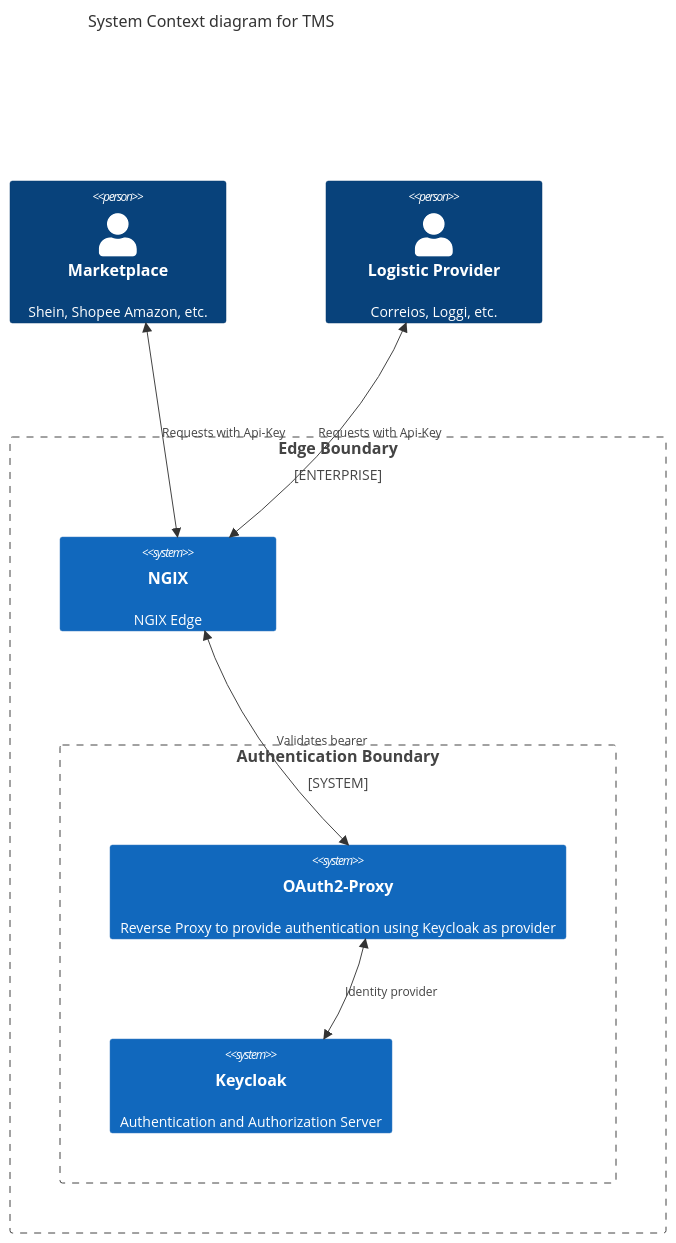
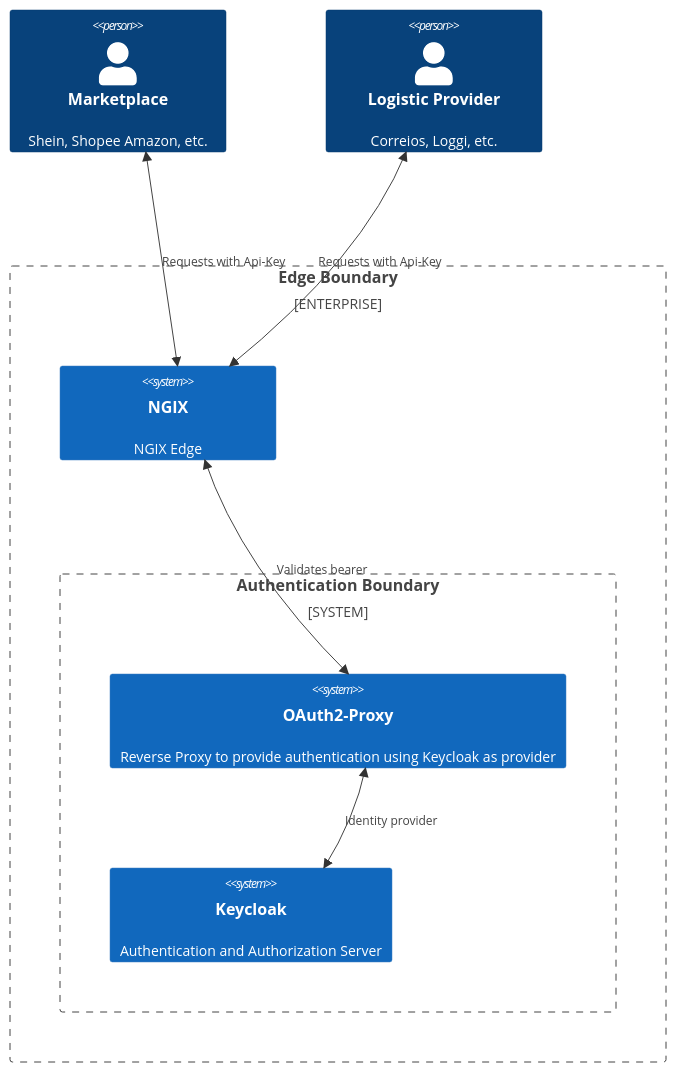
The diagram in HELP.md (lmmoreira/tms), drawn with Mermaid before and after one commit. The commit also changed other lines of this file and 1 other file, not shown here.

````diff
--- a/HELP.md
+++ b/HELP.md
@@ -50,22 +23,19 @@
 ```mermaid
 C4Context
-title System Context diagram for TMS
-
 Person(marketplace, "Marketplace", "Shein, Shopee Amazon, etc.")
 Person(logistic-provider, "Logistic Provider", "Correios, Loggi, etc.")
-
 
 Enterprise_Boundary(edge, "Edge Boundary") {
     System(ngix, "NGIX", "NGIX Edge")
 
     System_Boundary(authentication, "Authentication Boundary") {
         System(Oauth2, "OAuth2-Proxy", "Reverse Proxy to provide authentication using Keycloak as provider")
         System(Keycloak, "Keycloak", "Authentication and Authorization Server")
     }
 }
 
 BiRel(marketplace, ngix, "Requests with Api-Key")
 BiRel(logistic-provider, ngix, "Requests with Api-Key")
 BiRel(ngix, Oauth2, "Validates bearer")
 BiRel(Oauth2, Keycloak, "Identity provider")
 ```
````
